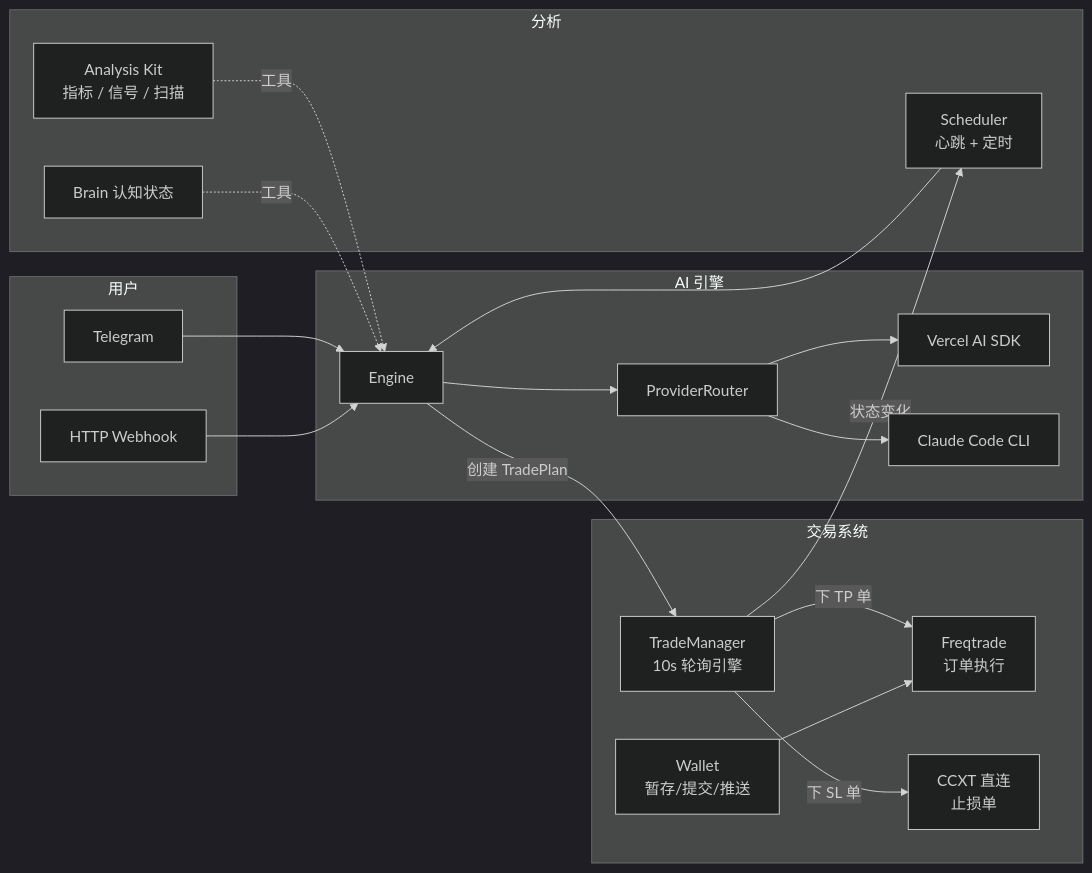
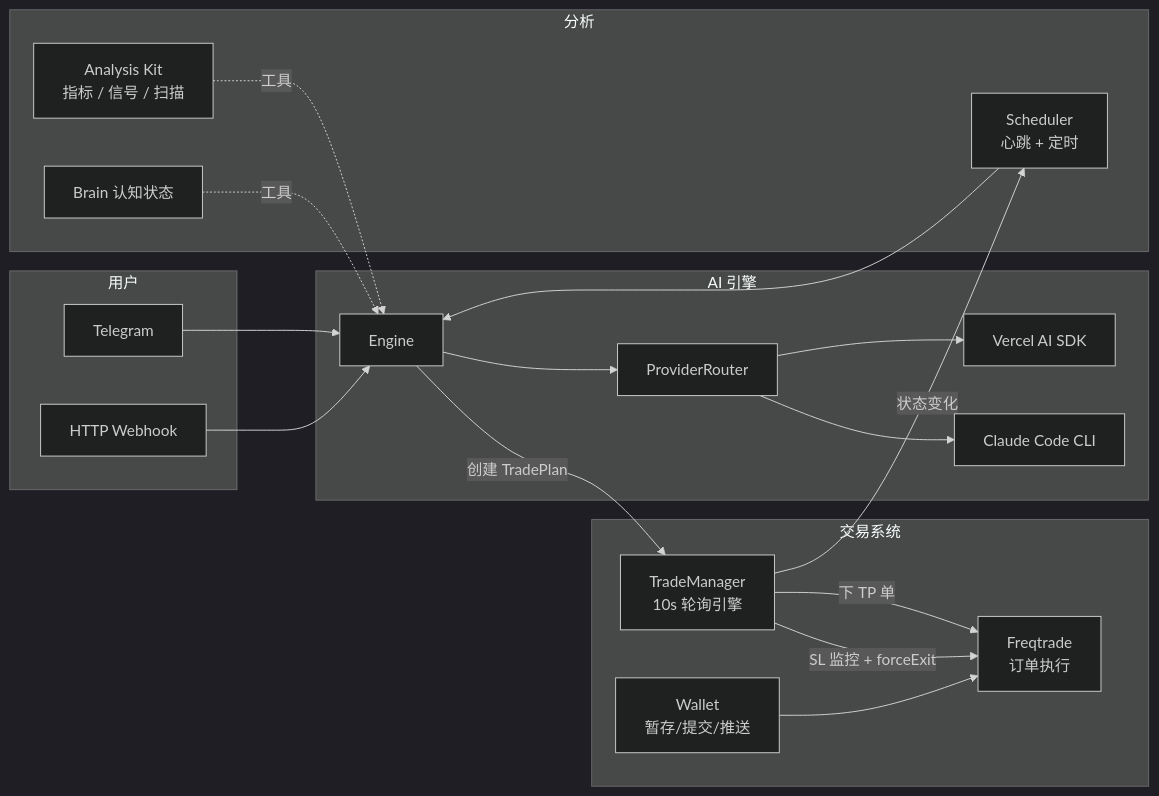
One commit to imsatoshi/TradeClaw changed the diagram in README.md. Above: the diagram before and after it, drawn with Mermaid (dark theme). The commit also changed other lines of this file, not shown here.

Commit message:
docs: update README to reflect SL/TP refactor — remove CCXT, add progressive protection and regime-adaptive features

````diff
--- a/README.md
+++ b/README.md
@@ -21,38 +22,37 @@
 ```mermaid
 graph LR
   subgraph 用户
     TG[Telegram]
     HTTP[HTTP Webhook]
   end
 
   subgraph AI 引擎
     E[Engine]
     PR[ProviderRouter]
     VS[Vercel AI SDK]
     CC[Claude Code CLI]
   end
 
   subgraph 交易系统
     TM[TradeManager<br/>10s 轮询引擎]
     FT[Freqtrade<br/>订单执行]
-    CCXT[CCXT 直连<br/>止损单]
     W[Wallet<br/>暂存/提交/推送]
   end
 
   subgraph 分析
     AK[Analysis Kit<br/>指标 / 信号 / 扫描]
     BR[Brain 认知状态]
     SC[Scheduler<br/>心跳 + 定时]
   end
 
   TG & HTTP --> E
   E --> PR --> VS & CC
   AK & BR -.工具.-> E
   SC --> E
 
   E --创建 TradePlan--> TM
   TM --下 TP 单--> FT
-  TM --下 SL 单--> CCXT
+  TM --SL 监控 + forceExit--> FT
   TM --状态变化--> SC
   W --> FT
 ```
````
